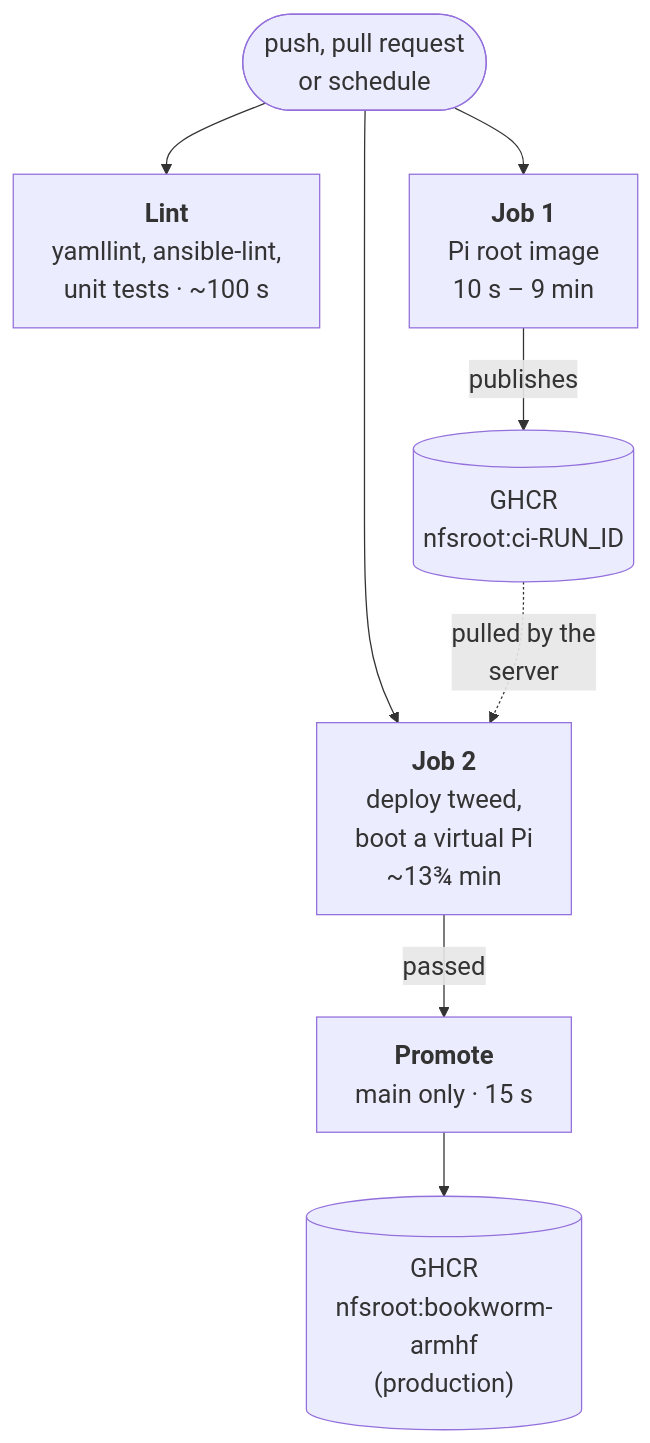
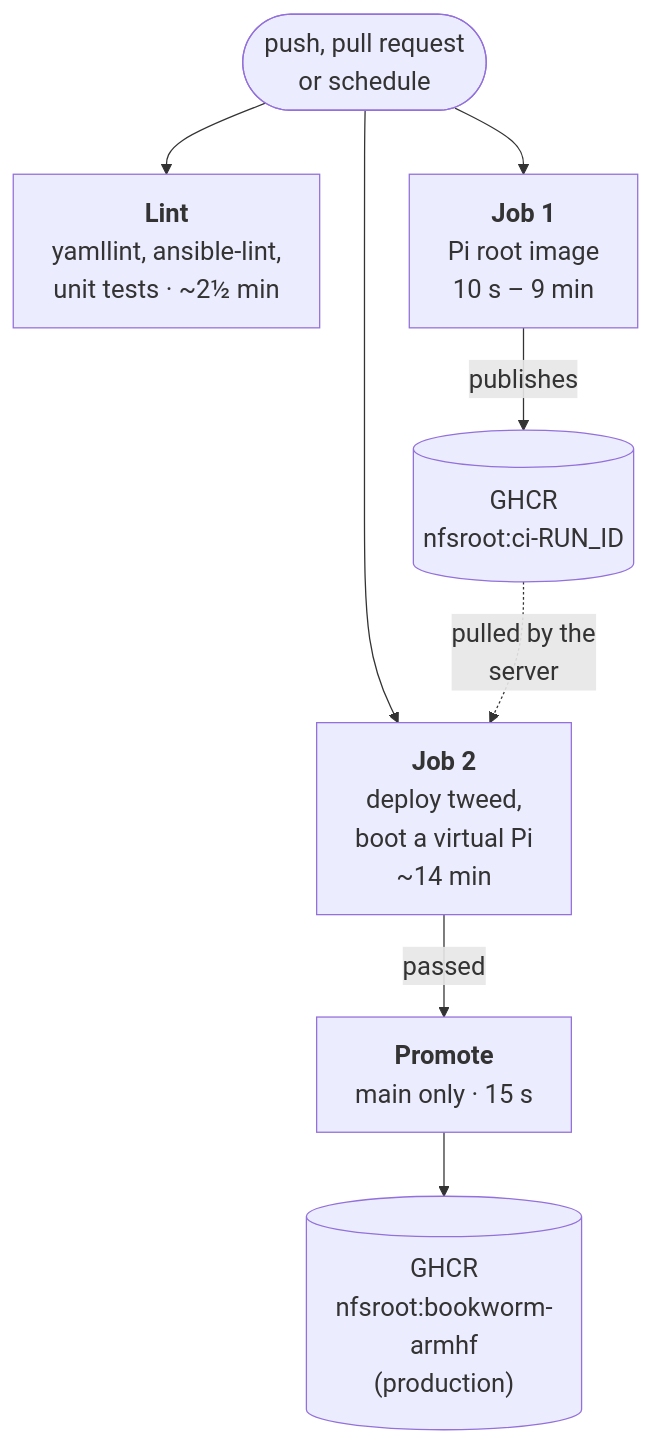
One commit to fpgas-online/fpgas.online-infra changed the first of 3 diagrams in docs/ci.md. Above: the diagram before and after it, drawn with Mermaid. The commit also changed other lines of this file, not shown here.

````diff
--- a/docs/ci.md
+++ b/docs/ci.md
@@ -66,18 +66,18 @@
 ```mermaid
 %%{init: {"themeVariables": {"fontSize": "20px"}}}%%
 flowchart TB
     trigger(["push, pull request<br/>or schedule"])
-    lint["<b>Lint</b><br/>yamllint, ansible-lint,<br/>unit tests · ~100 s"]
+    lint["<b>Lint</b><br/>yamllint, ansible-lint,<br/>unit tests · ~2½ min"]
     job1["<b>Job 1</b><br/>Pi root image<br/>10 s – 9 min"]
-    job2["<b>Job 2</b><br/>deploy tweed,<br/>boot a virtual Pi<br/>~13¾ min"]
+    job2["<b>Job 2</b><br/>deploy tweed,<br/>boot a virtual Pi<br/>~14 min"]
     ghcr[("GHCR<br/>nfsroot:ci-RUN_ID")]
     promote["<b>Promote</b><br/>main only · 15 s"]
     prod[("GHCR<br/>nfsroot:bookworm-armhf<br/>(production)")]
     trigger --> lint
     trigger --> job1
     trigger --> job2
     job1 -- publishes --> ghcr
     ghcr -. "pulled by the<br/>server" .-> job2
     job2 -- "passed" --> promote
     promote --> prod
 ```
````
